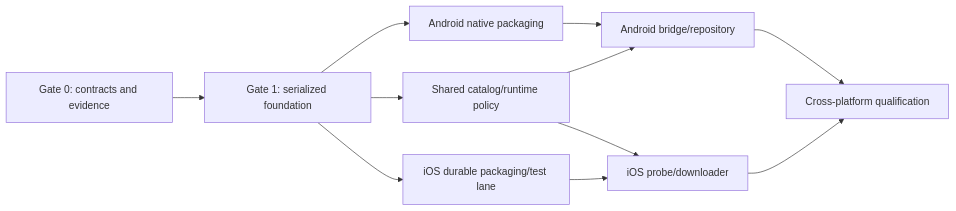
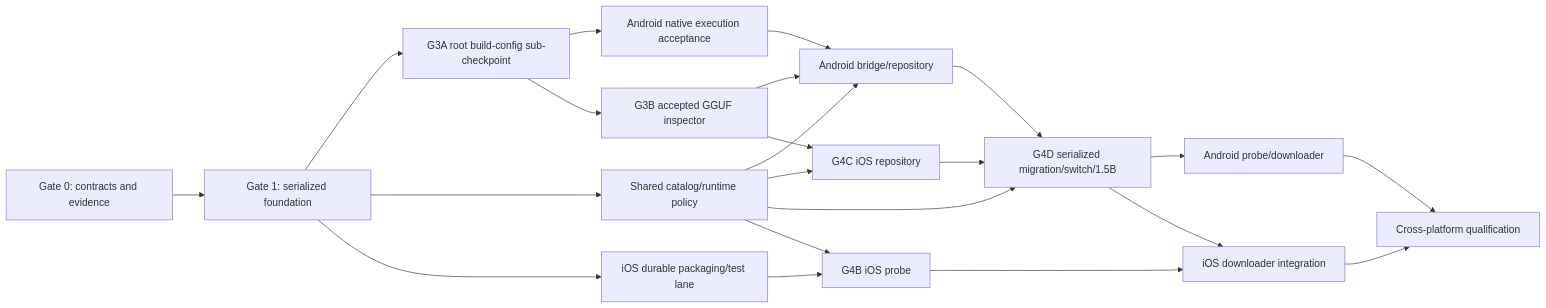
Before and after one commit to ASDFGHJKLZXC123/pocketlm: the diagram in docs/implementation-logs/GATE_0_ORCHESTRATION.md, drawn with Mermaid. The commit also changed other lines of this file and 8 other files, not shown here.

````diff
--- a/docs/implementation-logs/GATE_0_ORCHESTRATION.md
+++ b/docs/implementation-logs/GATE_0_ORCHESTRATION.md
@@ -48,13 +68,24 @@
 ```mermaid
 flowchart LR
     G0["Gate 0: contracts and evidence"] --> G1["Gate 1: serialized foundation"]
-    G1 --> AN["Android native packaging"]
+    G1 --> NC["G3A root build-config sub-checkpoint"]
+    NC --> AN["Android native execution acceptance"]
     G1 --> SC["Shared catalog/runtime policy"]
     G1 --> IP["iOS durable packaging/test lane"]
     AN --> AB["Android bridge/repository"]
     SC --> AB
-    SC --> ID["iOS probe/downloader"]
-    IP --> ID
-    AB --> Q["Cross-platform qualification"]
+    NC --> V["G3B accepted GGUF inspector"]
+    V --> AB
+    SC --> IR["G4C iOS repository"]
+    V --> IR
+    SC --> ACT["G4D serialized migration/switch/1.5B"]
+    AB --> ACT
+    IR --> ACT
+    ACT --> AD["Android probe/downloader"]
+    SC --> IPR["G4B iOS probe"]
+    IP --> IPR
+    ACT --> ID["iOS downloader integration"]
+    IPR --> ID
+    AD --> Q["Cross-platform qualification"]
     ID --> Q
 ```
````
